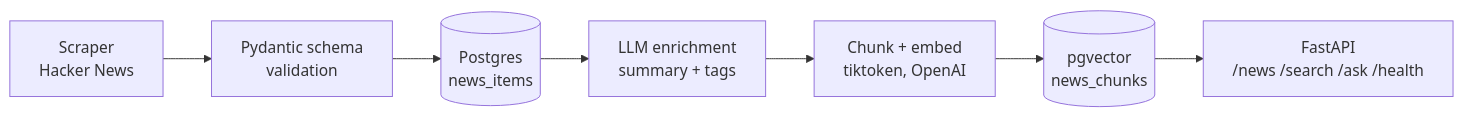
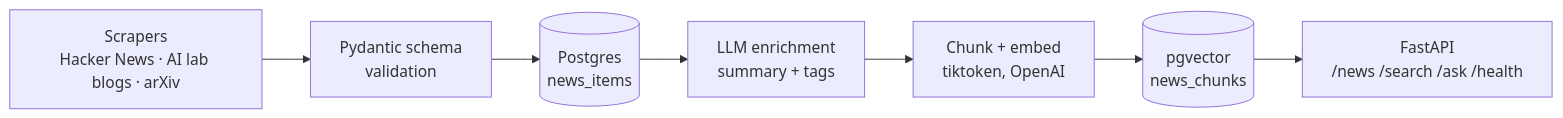
The diagram in README.md (abhiwalia33/Semantic-news-pipeline), drawn with Mermaid before and after one commit. The commit also changed other lines of this file and 27 other files, not shown here.

````diff
--- a/README.md
+++ b/README.md
@@ -20,9 +20,9 @@
 ```mermaid
 flowchart LR
-    A[Scraper<br/>Hacker News] --> B[Pydantic schema<br/>validation]
+    A[Scrapers<br/>Hacker News · AI lab blogs · arXiv] --> B[Pydantic schema<br/>validation]
     B --> C[(Postgres<br/>news_items)]
     C --> D[LLM enrichment<br/>summary + tags]
     D --> E[Chunk + embed<br/>tiktoken, OpenAI]
     E --> F[(pgvector<br/>news_chunks)]
     F --> G[FastAPI<br/>/news /search /ask /health]
 ```
````
